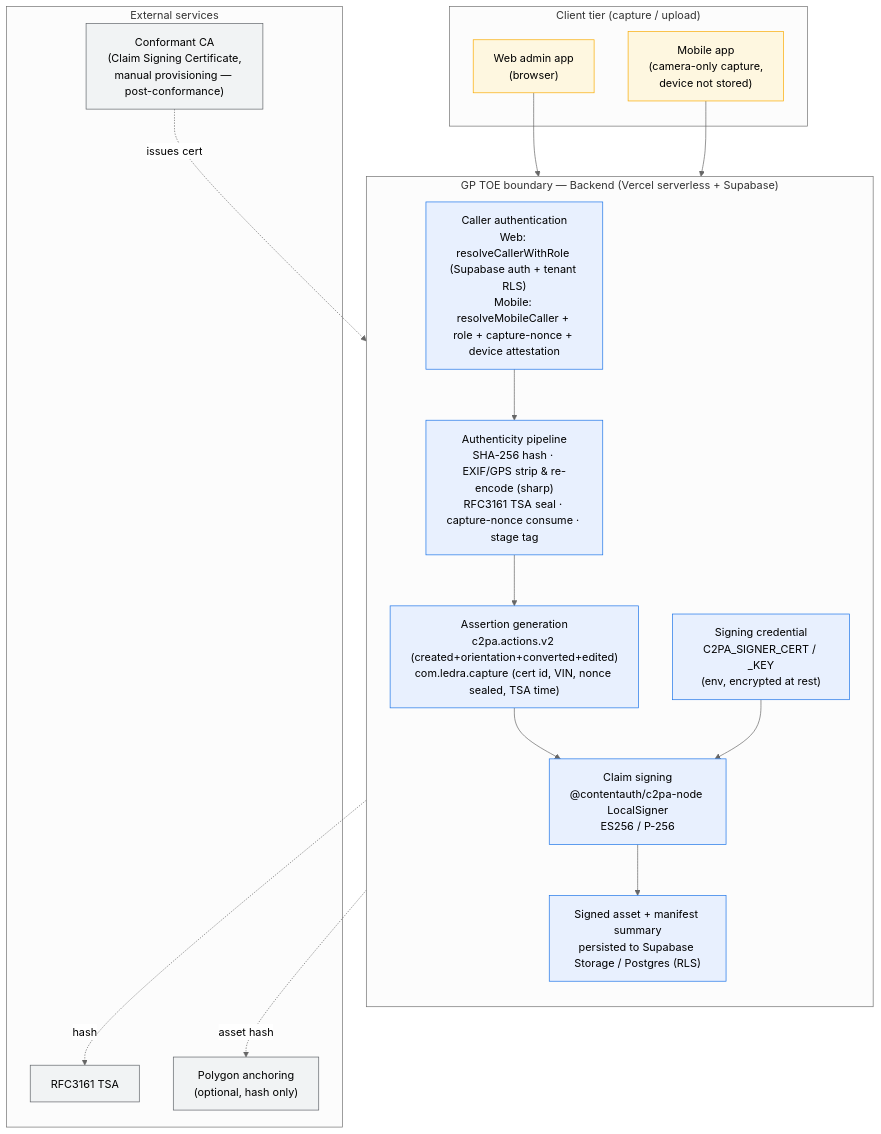
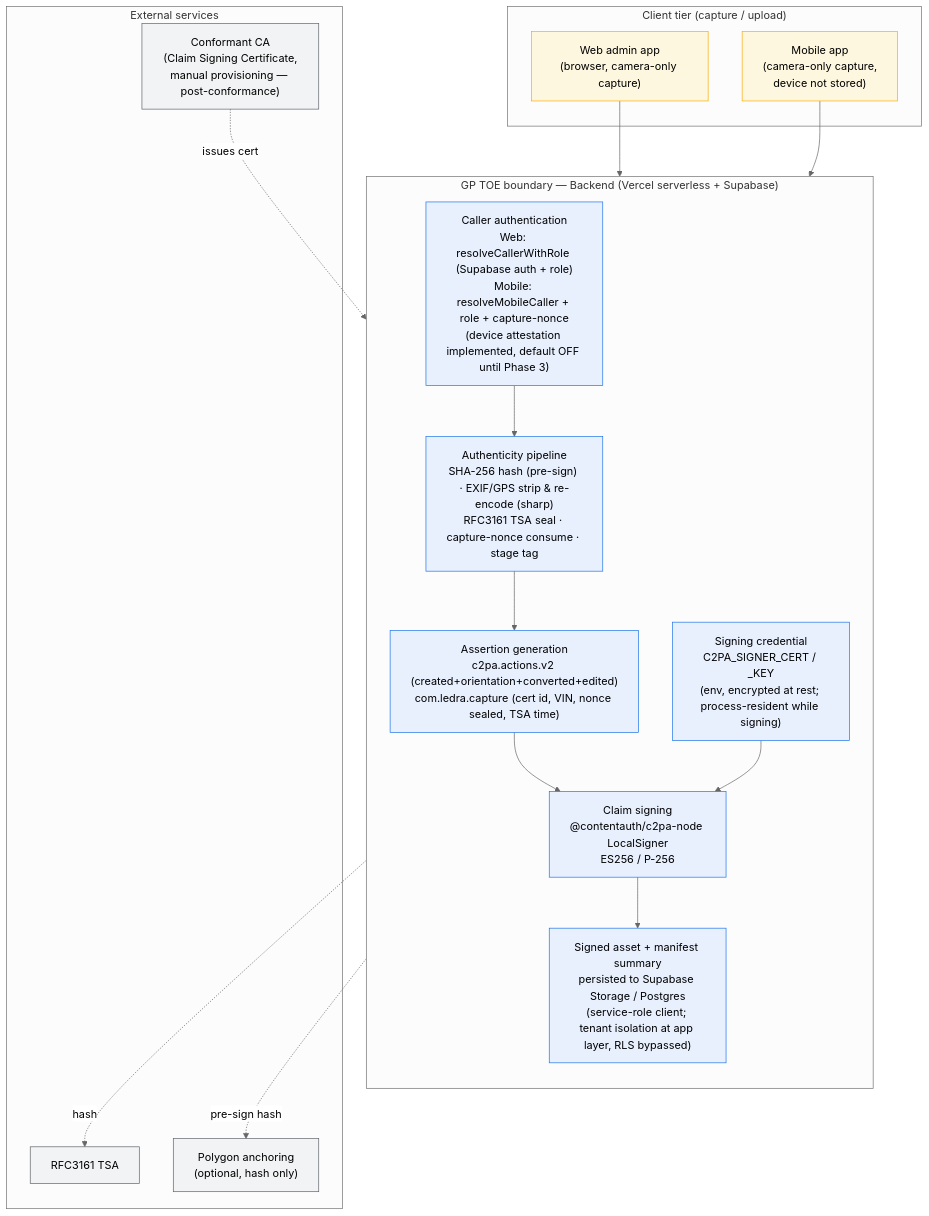
Before and after one commit to holy-auto/Ledra: the diagram in docs/diagrams/c2pa-gp-toe.mmd, drawn with Mermaid (neutral theme). The commit also changed 3 other files, not shown here.

First line of the commit message:
docs(c2pa): 追加レビュー(P2)反映 — 図をRLS/anchoring実態に、計画書の保証範囲を提出版に整合

```diff
--- a/docs/diagrams/c2pa-gp-toe.mmd
+++ b/docs/diagrams/c2pa-gp-toe.mmd
@@ -1,38 +1,40 @@
 %% Ledra Generator Product — Target of Evaluation (TOE), Backend class, Assurance Level 1
 %% TOE boundary: from asset capture/upload through claim signing to persistence of the signed asset.
 flowchart TB
     subgraph CLIENT["Client tier (capture / upload)"]
-        WEB["Web admin app<br/>(browser)"]
+        WEB["Web admin app<br/>(browser, camera-only capture)"]
         MOB["Mobile app<br/>(camera-only capture,<br/>device not stored)"]
     end
 
     subgraph TOE["GP TOE boundary — Backend (Vercel serverless + Supabase)"]
         direction TB
-        AUTH["Caller authentication<br/>Web: resolveCallerWithRole (Supabase auth + tenant RLS)<br/>Mobile: resolveMobileCaller + role + capture-nonce + device attestation"]
-        PIPE["Authenticity pipeline<br/>SHA-256 hash · EXIF/GPS strip &amp; re-encode (sharp)<br/>RFC3161 TSA seal · capture-nonce consume · stage tag"]
+        AUTH["Caller authentication<br/>Web: resolveCallerWithRole (Supabase auth + role)<br/>Mobile: resolveMobileCaller + role + capture-nonce<br/>(device attestation implemented, default OFF until Phase 3)"]
+        PIPE["Authenticity pipeline<br/>SHA-256 hash (pre-sign) · EXIF/GPS strip &amp; re-encode (sharp)<br/>RFC3161 TSA seal · capture-nonce consume · stage tag"]
         ASSERT["Assertion generation<br/>c2pa.actions.v2 (created+orientation+converted+edited)<br/>com.ledra.capture (cert id, VIN, nonce sealed, TSA time)"]
         SIGN["Claim signing<br/>@contentauth/c2pa-node LocalSigner<br/>ES256 / P-256"]
-        KEY["Signing credential<br/>C2PA_SIGNER_CERT / _KEY<br/>(env, encrypted at rest)"]
-        STORE["Signed asset + manifest summary<br/>persisted to Supabase Storage / Postgres (RLS)"]
+        KEY["Signing credential<br/>C2PA_SIGNER_CERT / _KEY<br/>(env, encrypted at rest; process-resident while signing)"]
+        STORE["Signed asset + manifest summary<br/>persisted to Supabase Storage / Postgres<br/>(service-role client; tenant isolation at app layer, RLS bypassed)"]
     end
 
     subgraph EXT["External services"]
         CA["Conformant CA<br/>(Claim Signing Certificate,<br/>manual provisioning — post-conformance)"]
         TSA["RFC3161 TSA"]
         CHAIN["Polygon anchoring<br/>(optional, hash only)"]
     end
 
     WEB --> AUTH
     MOB --> AUTH
     AUTH --> PIPE --> ASSERT --> SIGN --> STORE
     KEY --> SIGN
     CA -. issues cert .-> KEY
     PIPE -. hash .-> TSA
-    STORE -. asset hash .-> CHAIN
+    %% Polygon anchors the PRE-SIGN pipeline hash (SHA-256 of the stripped buffer),
+    %% not the stored signed bytes — embedding the manifest changes the bytes.
+    PIPE -. pre-sign hash .-> CHAIN
 
     classDef toe fill:#e8f0fe,stroke:#1a73e8,stroke-width:1px;
     classDef ext fill:#f1f3f4,stroke:#5f6368,stroke-width:1px;
     classDef cli fill:#fef7e0,stroke:#f9ab00,stroke-width:1px;
     class AUTH,PIPE,ASSERT,SIGN,KEY,STORE toe;
     class CA,TSA,CHAIN ext;
     class WEB,MOB cli;
```
